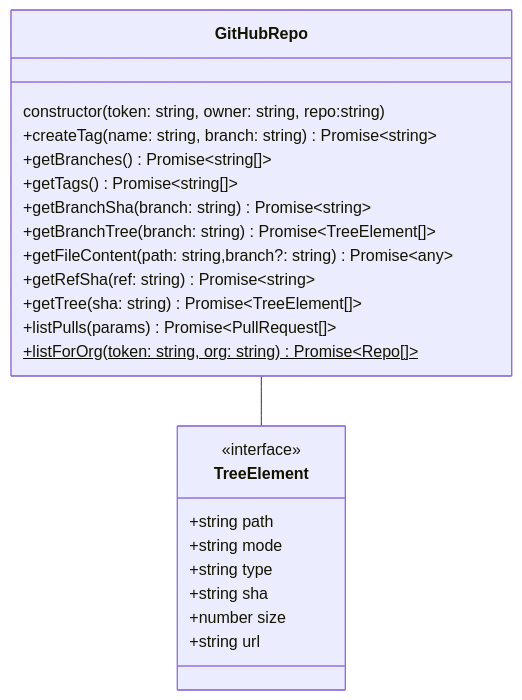
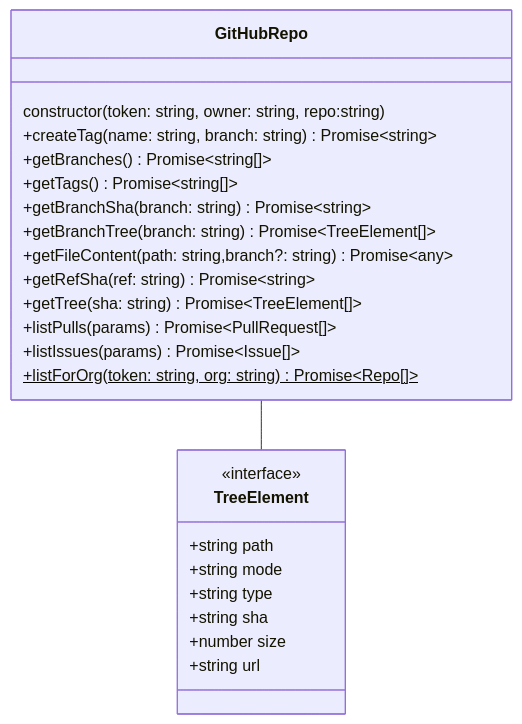
One commit to tomsdoo/github-repo changed the diagram in docs/md/GitHubRepo.md. Above: the diagram before and after it, drawn with Mermaid. The commit also changed other lines of this file and 19 other files, not shown here.

Commit message:
listIssues (#30)

````diff
--- a/docs/md/GitHubRepo.md
+++ b/docs/md/GitHubRepo.md
@@ -20,29 +21,30 @@
 ``` mermaid
 classDiagram
 
 class GitHubRepo {
   constructor(token: string, owner: string, repo:string)
   +createTag(name: string, branch: string) Promise~string~
   +getBranches() Promise~string[]~
   +getTags() Promise~string[]~
   +getBranchSha(branch: string) Promise~string~
   +getBranchTree(branch: string) Promise~TreeElement[]~
   +getFileContent(path: string,branch?: string) Promise~any~
   +getRefSha(ref: string) Promise~string~
   +getTree(sha: string) Promise~TreeElement[]~
   +listPulls(params) Promise~PullRequest[]~
+  +listIssues(params) Promise~Issue[]~
   +listForOrg(token: string, org: string) Promise~Repo[]~$
 }
 
 class TreeElement {
   <<interface>>
   +string path
   +string mode
   +string type
   +string sha
   +number size
   +string url
 }
 
 GitHubRepo -- TreeElement
 ```
````
